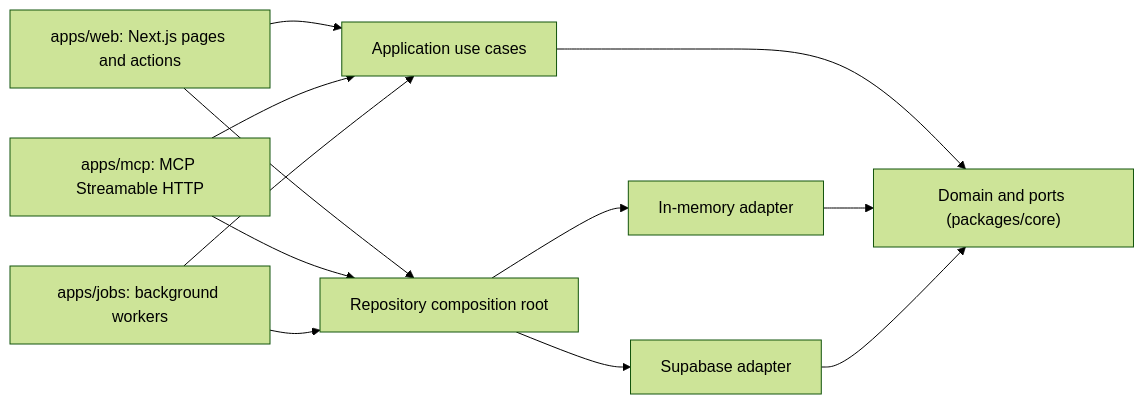
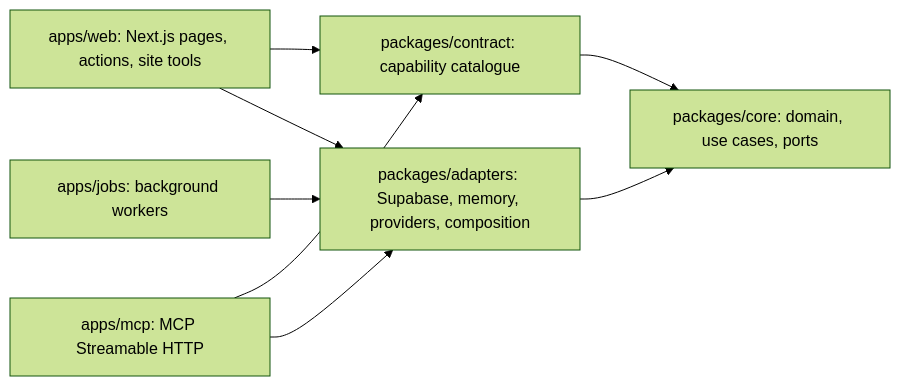
The diagram in docs/ARCHITECTURE.md (giulioleone097/ai-news-platform), drawn with Mermaid (forest theme) before and after one commit. The commit also changed other lines of this file and 78 other files, not shown here.

````diff
--- a/docs/ARCHITECTURE.md
+++ b/docs/ARCHITECTURE.md
@@ -7,14 +7,10 @@
 ```mermaid
 flowchart LR
-  Web["apps/web: Next.js pages and actions"] --> App["Application use cases"]
-  MCP["apps/mcp: MCP Streamable HTTP"] --> App
-  Jobs["apps/jobs: background workers"] --> App
-  App --> Domain["Domain and ports (packages/core)"]
-  Memory["In-memory adapter"] --> Domain
-  Supabase["Supabase adapter"] --> Domain
-  Composition["Repository composition root"] --> Memory
-  Composition --> Supabase
-  Web --> Composition
-  MCP --> Composition
-  Jobs --> Composition
+  Web["apps/web: Next.js pages, actions, site tools"] --> Contract["packages/contract: capability catalogue"]
+  MCP["apps/mcp: MCP Streamable HTTP"] --> Contract
+  Jobs["apps/jobs: background workers"] --> Adapters
+  Web --> Adapters["packages/adapters: Supabase, memory, providers, composition"]
+  MCP --> Adapters
+  Contract --> Core["packages/core: domain, use cases, ports"]
+  Adapters --> Core
 ```
````
